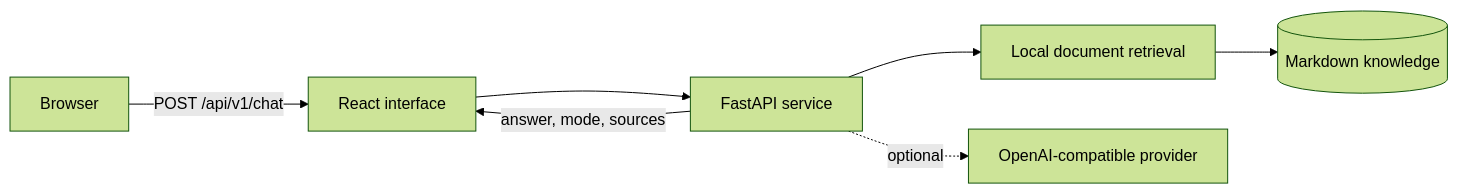
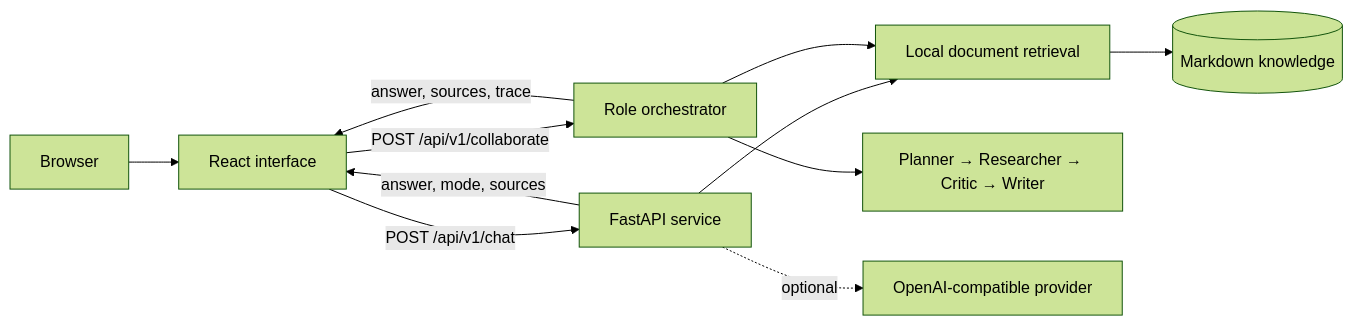
One commit to jzjzzzzzzz/agent-me changed the diagram in README.md. Above: the diagram before and after it, drawn with Mermaid (forest theme). The commit also changed other lines of this file and 6 other files, not shown here.

```diff
--- a/README.md
+++ b/README.md
@@ -51,9 +53,13 @@
 ~~~mermaid
 flowchart LR
-  User[Browser] -->|POST /api/v1/chat| Web[React interface]
-  Web --> API[FastAPI service]
+  User[Browser] --> Web[React interface]
+  Web -->|POST /api/v1/chat| API[FastAPI service]
+  Web -->|POST /api/v1/collaborate| Flow[Role orchestrator]
   API --> Search[Local document retrieval]
+  Flow --> Search
+  Flow --> Roles[Planner → Researcher → Critic → Writer]
   Search --> Docs[(Markdown knowledge)]
   API -. optional .-> Provider[OpenAI-compatible provider]
   API -->|answer, mode, sources| Web
+  Flow -->|answer, sources, trace| Web
 ~~~
```
